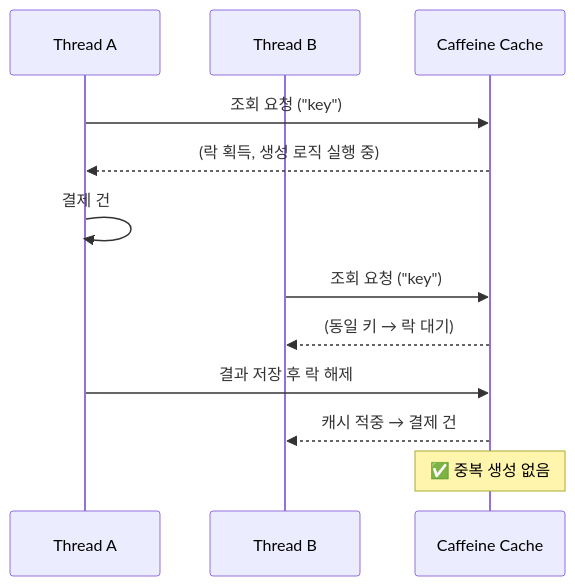
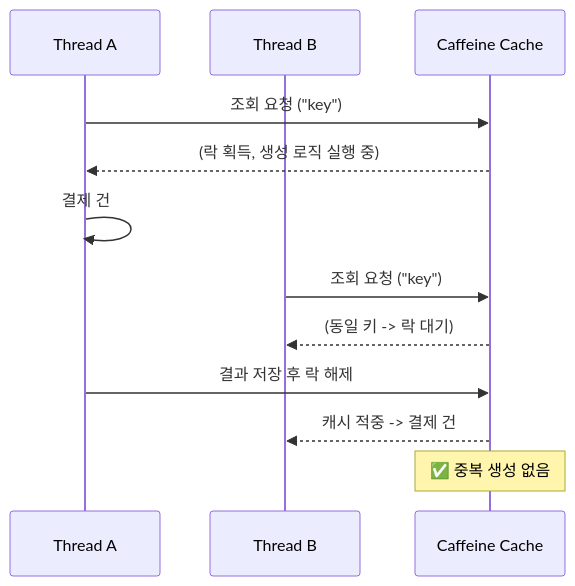
Before and after one commit to hyoguoo/payment-platform: the seventh of 9 diagrams in README.md, drawn with Mermaid. The commit also changed other lines of this file and 3 other files, not shown here.

````diff
--- a/README.md
+++ b/README.md
@@ -338,14 +340,14 @@
 ```mermaid
 sequenceDiagram
     participant A as Thread A
     participant B as Thread B
     participant Cache as Caffeine Cache
     A ->> Cache: 조회 요청 ("key")
     Cache -->> A: (락 획득, 생성 로직 실행 중)
     A ->> A: 결제 건#1 생성
     B ->> Cache: 조회 요청 ("key")
-    Cache -->> B: (동일 키 → 락 대기)
+    Cache -->> B: (동일 키 -> 락 대기)
     A ->> Cache: 결과 저장 후 락 해제
-    Cache -->> B: 캐시 적중 → 결제 건#1 반환 (생성 로직 미실행)
+    Cache -->> B: 캐시 적중 -> 결제 건#1 반환 (생성 로직 미실행)
     Note over Cache: ✅ 중복 생성 없음
 ```
````
